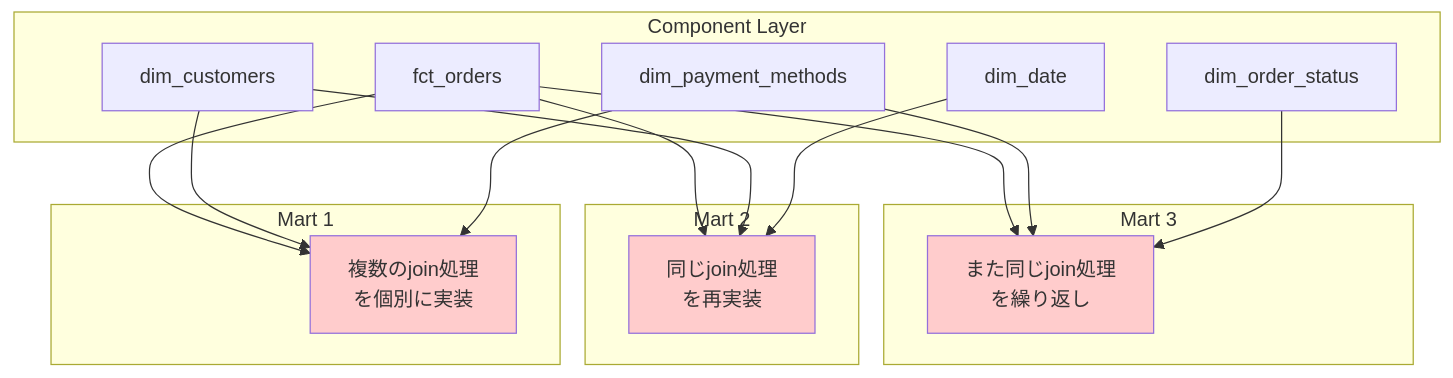
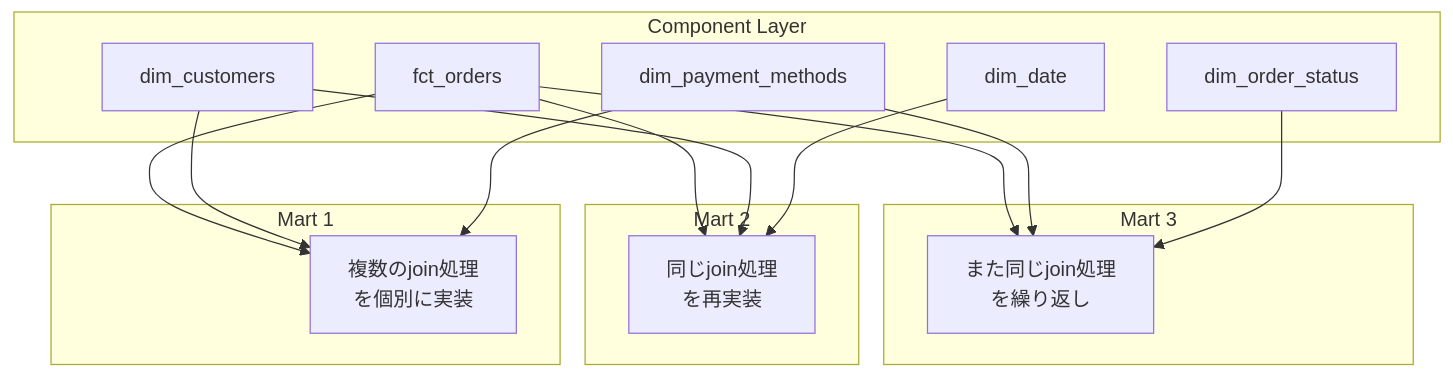
The first of 3 diagrams in content/Tech/dbt/tutorials/tutorial-05-wide-layer.md (1210yuichi0/1210yuichi0.github.io), drawn with Mermaid before and after one commit. The commit also changed other lines of this file and 22 other files, not shown here.

First line of the commit message:
style: remove Mermaid style directives for dark mode compatibility

````diff
--- a/content/Tech/dbt/tutorials/tutorial-05-wide-layer.md
+++ b/content/Tech/dbt/tutorials/tutorial-05-wide-layer.md
@@ -48,36 +48,33 @@
 ```mermaid
 graph TD
     subgraph "Component Layer"
         FCT[fct_orders]
         DC[dim_customers]
         DPM[dim_payment_methods]
         DOS[dim_order_status]
         DD[dim_date]
     end
 
     subgraph "Mart 1"
         M1["複数のjoin処理<br/>を個別に実装"]
     end
 
     subgraph "Mart 2"
         M2["同じjoin処理<br/>を再実装"]
     end
 
     subgraph "Mart 3"
         M3["また同じjoin処理<br/>を繰り返し"]
     end
 
     FCT --> M1
     DC --> M1
     DPM --> M1
     FCT --> M2
     DC --> M2
     DD --> M2
     FCT --> M3
     DPM --> M3
     DOS --> M3
 
-    style M1 fill:#ffcccc
-    style M2 fill:#ffcccc
-    style M3 fill:#ffcccc
 ```
````
